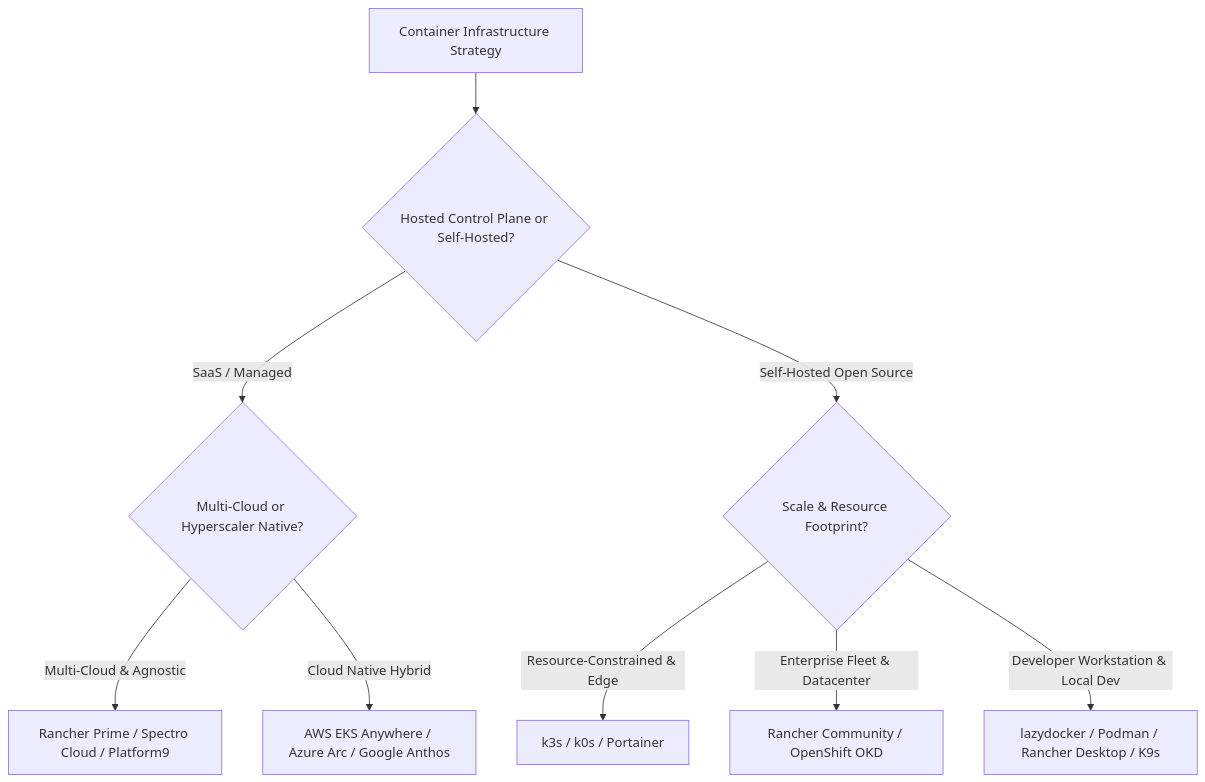
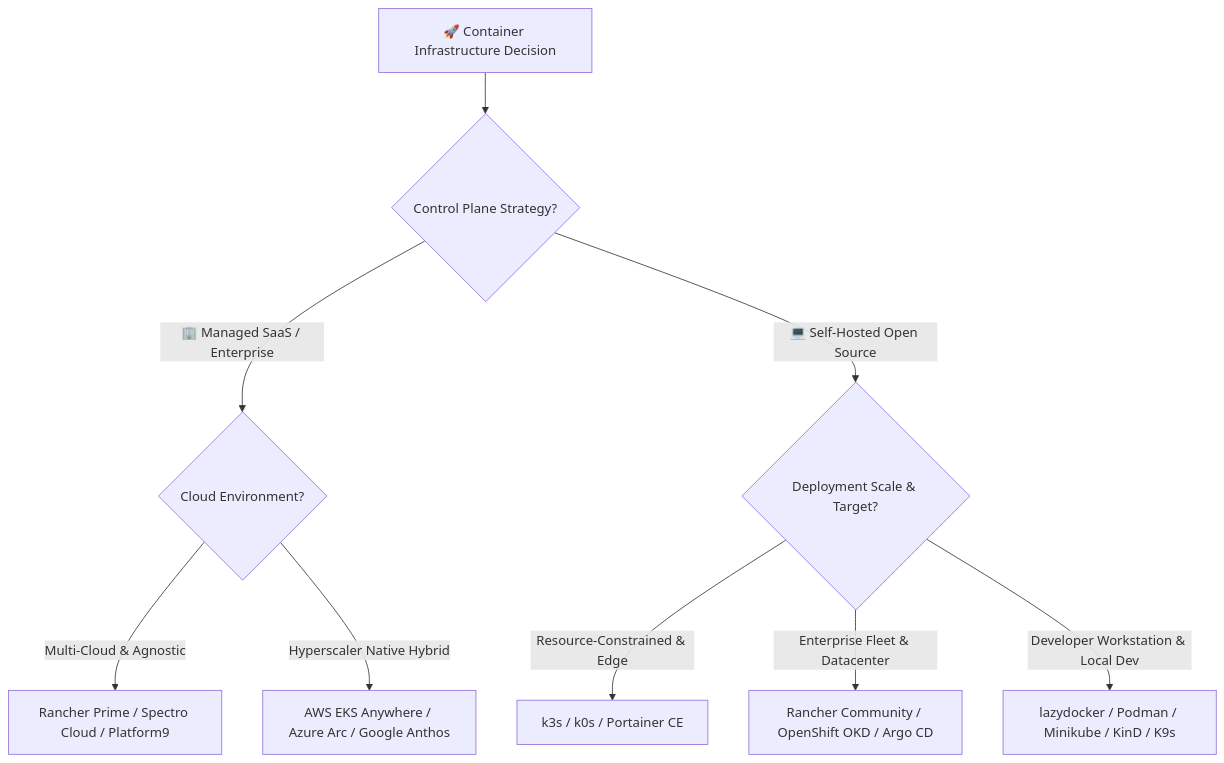
One commit to ishandutta2007/Awesome-Container-Management changed the diagram in README.md. Above: the diagram before and after it, drawn with Mermaid. The commit also changed other lines of this file and 1 other file, not shown here.

Commit message:
docs: modernize README with SVG banner, market overview, detailed SaaS pricing & valuation, ranked OSS repos, and badges

````diff
--- a/README.md
+++ b/README.md
@@ -161,13 +145,13 @@
 ```mermaid
 flowchart TD
-    A["Container Infrastructure Strategy"] --> B{"Hosted Control Plane or Self-Hosted?"}
-    B -->|SaaS / Managed| C{"Multi-Cloud or Hyperscaler Native?"}
-    B -->|Self-Hosted Open Source| D{"Scale & Resource Footprint?"}
+    A["🚀 Container Infrastructure Decision"] --> B{"Control Plane Strategy?"}
+    B -->|🏢 Managed SaaS / Enterprise| C{"Cloud Environment?"}
+    B -->|💻 Self-Hosted Open Source| D{"Deployment Scale & Target?"}
     
     C -->|Multi-Cloud & Agnostic| E["Rancher Prime / Spectro Cloud / Platform9"]
-    C -->|Cloud Native Hybrid| F["AWS EKS Anywhere / Azure Arc / Google Anthos"]
+    C -->|Hyperscaler Native Hybrid| F["AWS EKS Anywhere / Azure Arc / Google Anthos"]
     
-    D -->|Resource-Constrained & Edge| G["k3s / k0s / Portainer"]
-    D -->|Enterprise Fleet & Datacenter| H["Rancher Community / OpenShift OKD"]
-    D -->|Developer Workstation & Local Dev| I["lazydocker / Podman / Rancher Desktop / K9s"]
+    D -->|Resource-Constrained & Edge| G["k3s / k0s / Portainer CE"]
+    D -->|Enterprise Fleet & Datacenter| H["Rancher Community / OpenShift OKD / Argo CD"]
+    D -->|Developer Workstation & Local Dev| I["lazydocker / Podman / Minikube / KinD / K9s"]
 ```
````
